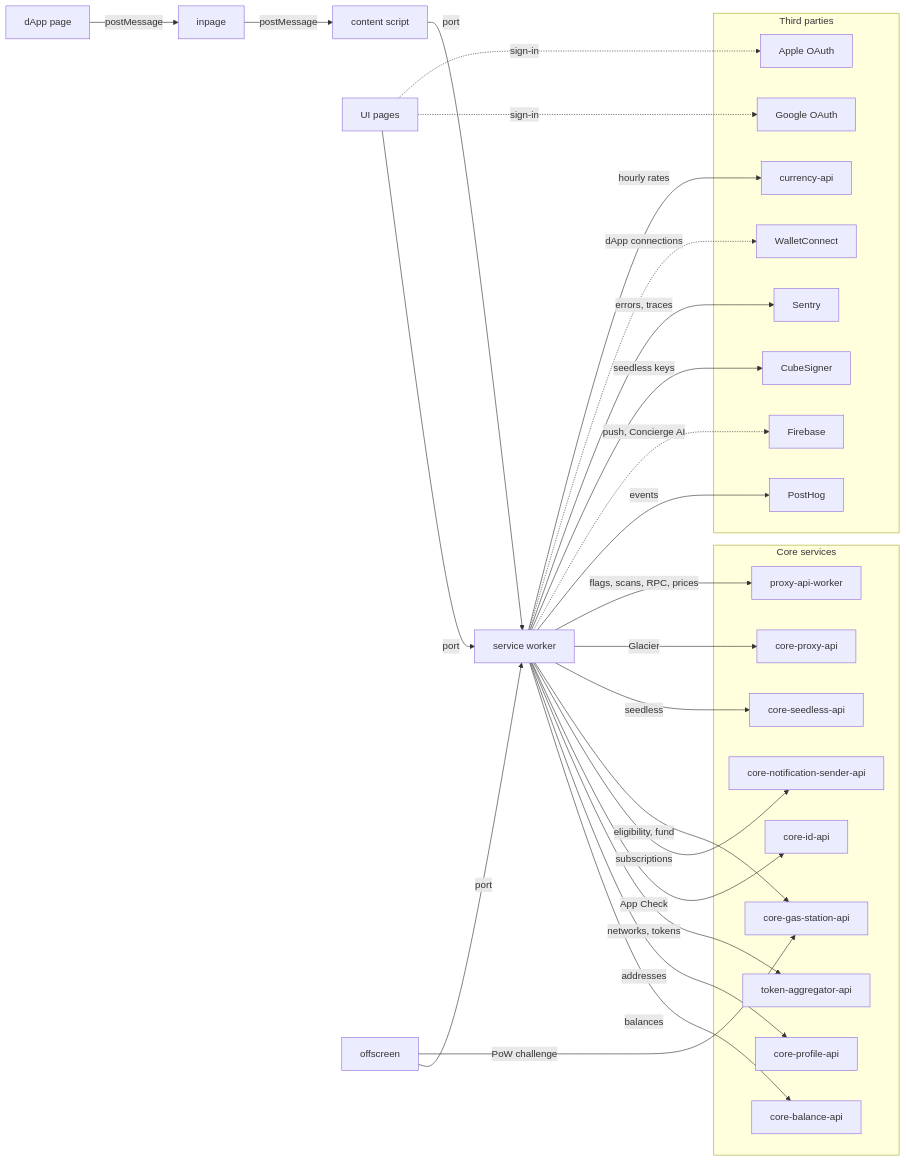
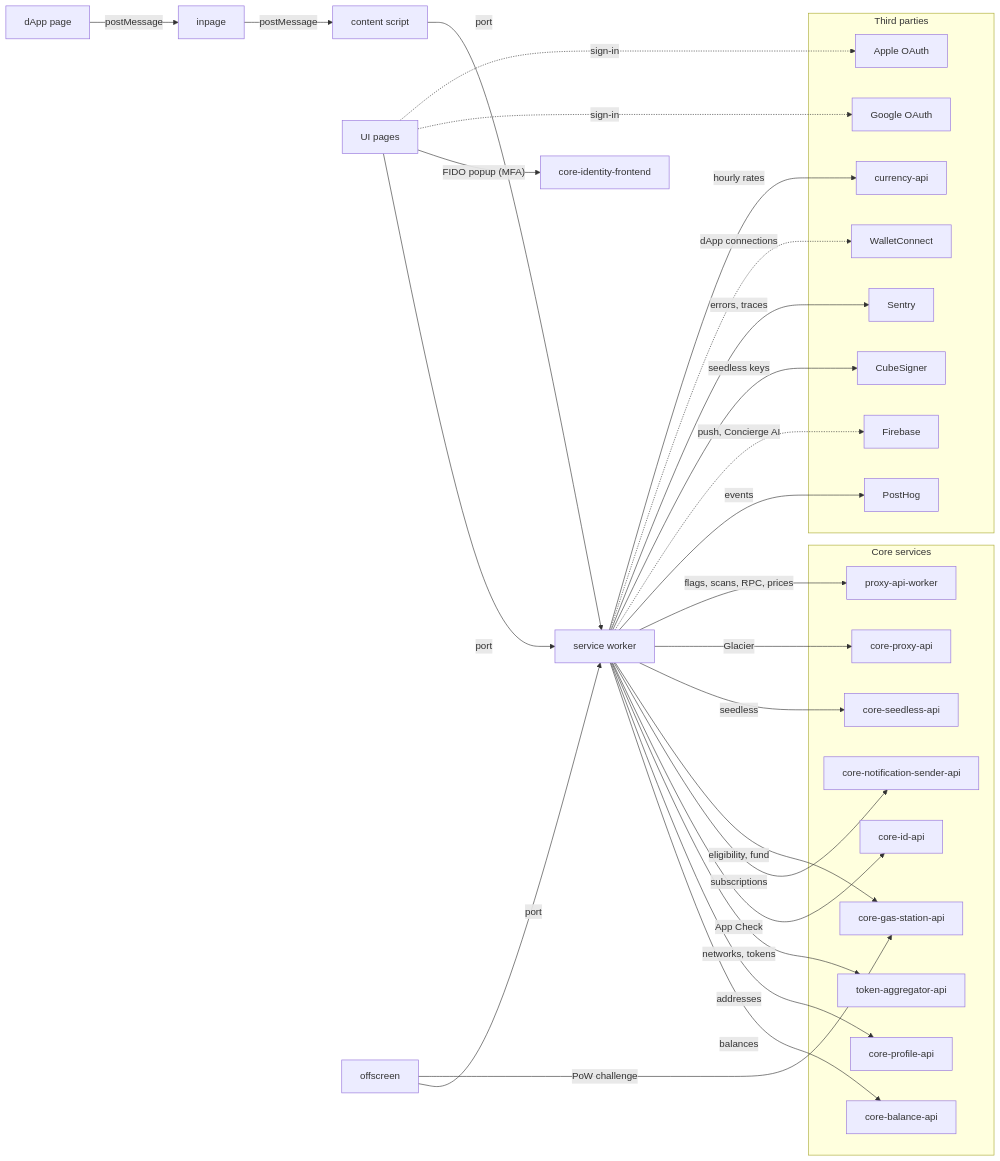
The diagram in docs/index.md (ava-labs/core-extension), drawn with Mermaid before and after one commit. The commit also changed other lines of this file and 1 other file, not shown here.

Commit message:
chore: add identity FE reference

````diff
--- a/docs/index.md
+++ b/docs/index.md
@@ -18,51 +18,54 @@
 ```mermaid
 flowchart LR
     DAPP["dApp page"] -->|"postMessage"| INPAGE["inpage"]
     INPAGE -->|"postMessage"| CS["content script"]
     CS -->|"port"| SW["service worker"]
     UI["UI pages"] -->|"port"| SW
     OFF["offscreen"] -->|"port"| SW
 
     subgraph CORE["Core services"]
         BAL["core-balance-api"]
         PROF["core-profile-api"]
         TOK["token-aggregator-api"]
         ID["core-id-api"]
         NSS["core-notification-sender-api"]
         GAS["core-gas-station-api"]
         SEED["core-seedless-api"]
         PXC["core-proxy-api"]
         PXW["proxy-api-worker"]
     end
 
+    IDF["core-identity-frontend"]
+
     subgraph TP["Third parties"]
         PH["PostHog"]
         FB["Firebase"]
         CUBE["CubeSigner"]
         GOOG["Google OAuth"]
         APPLE["Apple OAuth"]
         SENT["Sentry"]
         WC["WalletConnect"]
         CUR["currency-api"]
     end
 
     SW -->|"balances"| BAL
     SW -->|"addresses"| PROF
     SW -->|"networks, tokens"| TOK
     SW -->|"App Check"| ID
     SW -->|"subscriptions"| NSS
     SW -->|"eligibility, fund"| GAS
     OFF -->|"PoW challenge"| GAS
     SW -->|"seedless"| SEED
+    UI -->|"FIDO popup (MFA)"| IDF
     SW -->|"Glacier"| PXC
     SW -->|"flags, scans, RPC, prices"| PXW
 
     SW -->|"events"| PH
     SW -.->|"push, Concierge AI"| FB
     SW -->|"seedless keys"| CUBE
     UI -.->|"sign-in"| GOOG
     UI -.->|"sign-in"| APPLE
     SW -->|"errors, traces"| SENT
     SW -.->|"dApp connections"| WC
     SW -->|"hourly rates"| CUR
 ```
````
